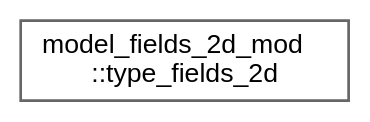
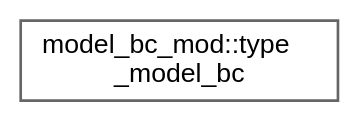
One commit to mayhl/FUNWAVE-TVD changed the diagram in release/v4.0-beta/inherit_graph_36.dot. Above: the diagram before and after it, drawn with Graphviz. The commit also changed 52 other files, not shown here.

```diff
--- a/release/v4.0-beta/inherit_graph_36.dot
+++ b/release/v4.0-beta/inherit_graph_36.dot
@@ -1,9 +1,9 @@
 digraph "Graphical Class Hierarchy"
 {
  // LATEX_PDF_SIZE
   bgcolor="transparent";
   edge [fontname=Helvetica,fontsize=10,labelfontname=Helvetica,labelfontsize=10];
   node [fontname=Helvetica,fontsize=10,shape=box,height=0.2,width=0.4];
   rankdir="LR";
-  Node0 [id="Node000000",label="model_fields_2d_mod\l::type_fields_2d",height=0.2,width=0.4,color="grey40", fillcolor="white", style="filled",URL="$structmodel__fields__2d__mod_1_1type__fields__2d.html",tooltip="Primary field arrays for the 2D Boussinesq model."];
+  Node0 [id="Node000000",label="model_bc_mod::type\l_model_bc",height=0.2,width=0.4,color="grey40", fillcolor="white", style="filled",URL="$structmodel__bc__mod_1_1type__model__bc.html",tooltip=" "];
 }
```
